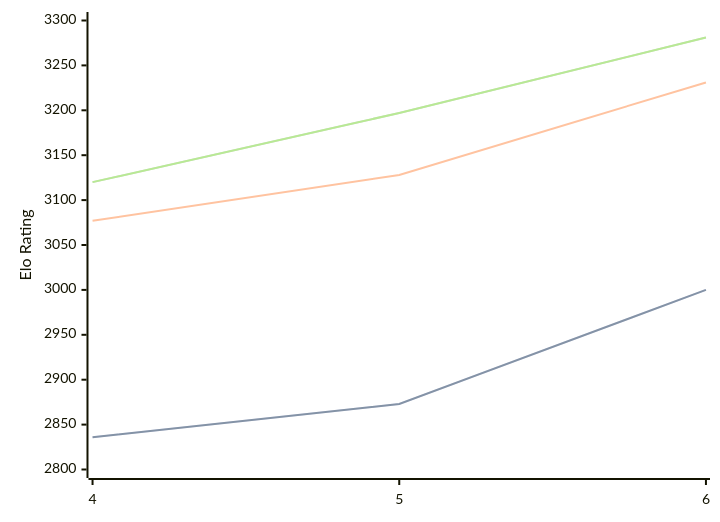
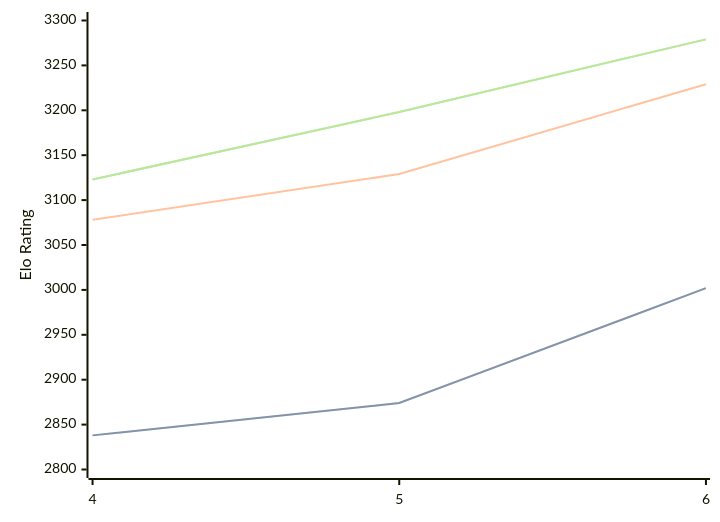
One commit to computer-chess-index/cci changed the diagram in engines/Cwtch.md. Above: the diagram before and after it, drawn with Mermaid. The commit also changed other lines of this file, not shown here.

Commit message:
Update CCI Ratings (ELO VLTC) - 2026-08-09

````diff
--- a/engines/Cwtch.md
+++ b/engines/Cwtch.md
@@ -34,11 +34,11 @@
 ```mermaid
 %%{init: {"theme":"base","themeVariables":{"seriesColors:['#a3a3a3','#222221','#faa371']}}}%%
 xychart-beta
   x-axis ["4", "5", "6"]
   y-axis "Elo Rating" 2800 --> 3300
-  line "STC (8.0+0.08s)" [2836, 2873, 3000]
-  line "STC (8.0+0.08s)" [2836, 2873, 3000]
-  line "LTC (60.0+0.60s)" [3077, 3128, 3231]
-  line "VLTC (2m24s+1.12s)" [3120, 3197, 3281]
-  line "VLTC (2m24s+1.12s)" [3120, 3197, 3281]
+  line "STC (8.0+0.08s)" [2838, 2874, 3002]
+  line "STC (8.0+0.08s)" [2838, 2874, 3002]
+  line "LTC (60.0+0.60s)" [3078, 3129, 3229]
+  line "VLTC (2m24s+1.12s)" [3123, 3198, 3279]
+  line "VLTC (2m24s+1.12s)" [3123, 3198, 3279]
 ```
````
